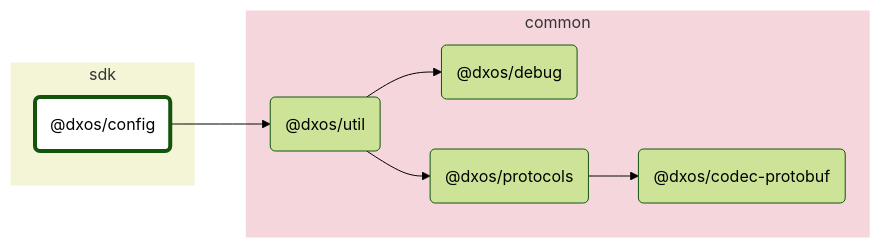
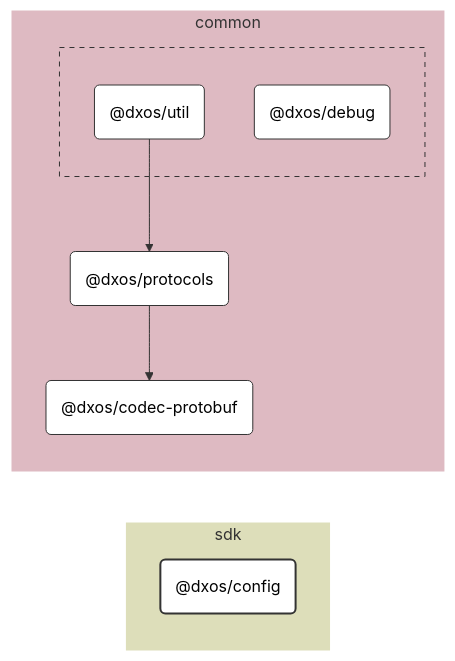
One commit to dxos/dxos changed the diagram in packages/sdk/config/docs/README.md. Above: the diagram before and after it, drawn with Mermaid (forest theme). The commit also changed 100 other files, not shown here.

````diff
--- a/packages/sdk/config/docs/README.md
+++ b/packages/sdk/config/docs/README.md
@@ -7,28 +7,49 @@
 ```mermaid
-flowchart LR;
+%%{ init: {'flowchart':{'curve':'basis'}} }%%
 
-style dxos/config fill:#fff,stroke-width:4px;
+flowchart LR
 
-click dxos/codec-protobuf "https:/github.com/dxos/dxos/tree/main/packages/common/codec-protobuf/docs";
-click dxos/debug "https:/github.com/dxos/dxos/tree/main/packages/common/debug/docs";
-click dxos/protocols "https:/github.com/dxos/dxos/tree/main/packages/common/protocols/docs";
-click dxos/util "https:/github.com/dxos/dxos/tree/main/packages/common/util/docs";
+%% Links
+dxos/protocols --> dxos/codec-protobuf;
+dxos/util --> dxos/protocols;
 
+%% Sections
 subgraph sdk
-  style sdk fill:#f4f5d6,stroke:#fff;
-  dxos/config("@dxos/config");
+  style sdk fill:#dddeba,stroke:#fff;
+
+  dxos/config("@dxos/config")
 end
 
 subgraph common
-  style common fill:#f5d6dd,stroke:#fff;
-  dxos/codec-protobuf("@dxos/codec-protobuf");
-  dxos/debug("@dxos/debug");
-  dxos/protocols("@dxos/protocols");
-  dxos/util("@dxos/util");
+  style common fill:#debac2,stroke:#fff;
+
+  dxos/codec-protobuf("@dxos/codec-protobuf")
+  dxos/protocols("@dxos/protocols")
+
+  subgraph common-excluded [ ]
+    style common-excluded fill:#debac2,stroke:#333,stroke-dasharray:5 5;
+
+    dxos/debug("@dxos/debug")
+    dxos/util("@dxos/util")
+  end
 end
 
-dxos/protocols --> dxos/codec-protobuf;
-dxos/config --> dxos/util;
-dxos/util --> dxos/debug;
-dxos/util --> dxos/protocols;
+
+%% Hyperlinks
+click dxos/codec-protobuf href "https:/github.com/dxos/dxos/tree/main/packages/common/codec-protobuf/docs";
+click dxos/debug href "https:/github.com/dxos/dxos/tree/main/packages/common/debug/docs";
+click dxos/protocols href "https:/github.com/dxos/dxos/tree/main/packages/common/protocols/docs";
+click dxos/util href "https:/github.com/dxos/dxos/tree/main/packages/common/util/docs";
+
+%% Styles
+classDef rootNode fill:#fff,stroke:#333,stroke-width:2px
+classDef defaultNode fill:#fff,stroke:#333,stroke-width:1px
+linkStyle default stroke:#333,stroke-width:1px
+
+dxos/config:::rootNode
+
+dxos/codec-protobuf:::defaultNode
+dxos/debug:::defaultNode
+dxos/protocols:::defaultNode
+dxos/util:::defaultNode
 ```
````
